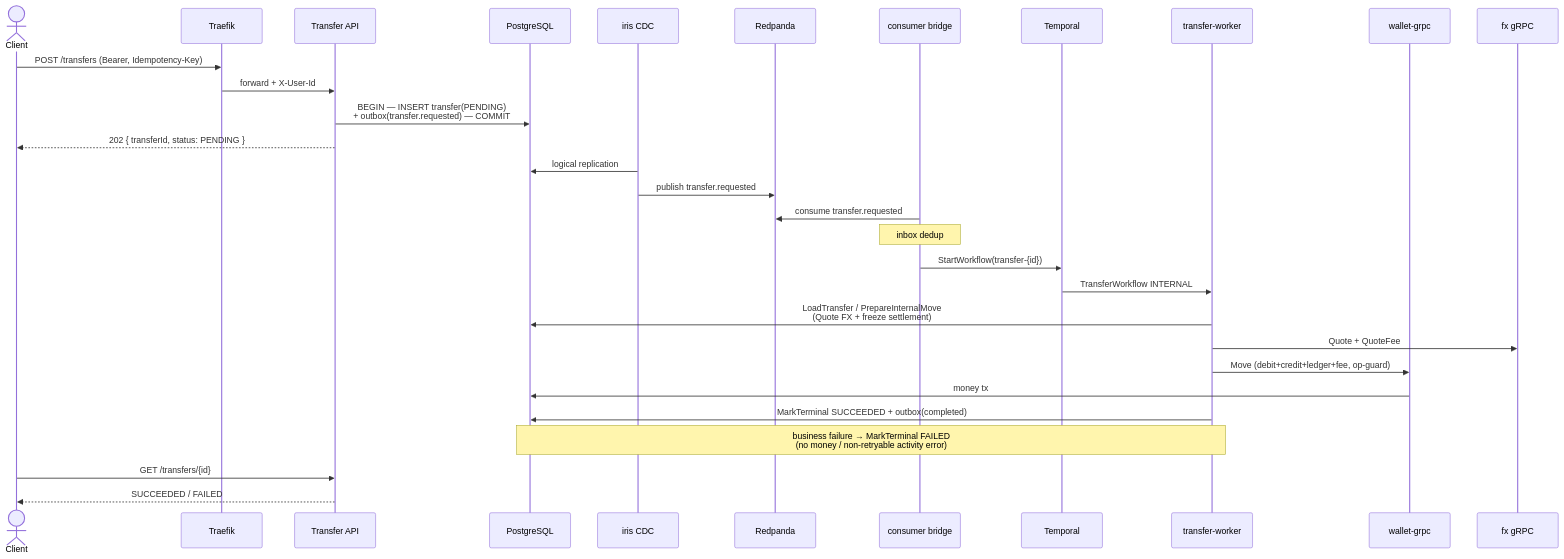
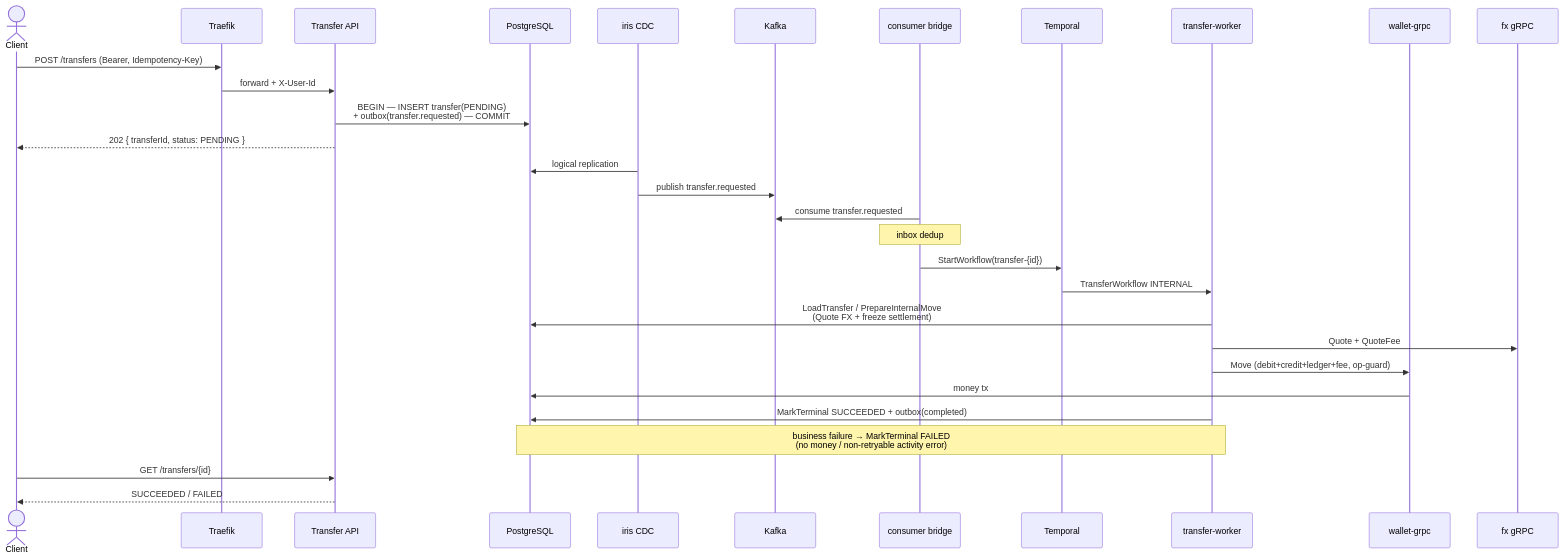
The second of 5 diagrams in README.md (Phathdt/transx), drawn with Mermaid before and after one commit. The commit also changed other lines of this file, not shown here.

First line of the commit message:
docs(readme): use Kafka in architecture diagrams, Redpanda demo-only

````diff
--- a/README.md
+++ b/README.md
@@ -328,35 +336,35 @@
 ```mermaid
 sequenceDiagram
     actor C as Client
     participant GW as Traefik
     participant API as Transfer API
     participant DB as PostgreSQL
     participant IRIS as iris CDC
-    participant RP as Redpanda
+    participant K as Kafka
     participant BR as consumer bridge
     participant T as Temporal
     participant W as transfer-worker
     participant WG as wallet-grpc
     participant FX as fx gRPC
 
     C->>GW: POST /transfers (Bearer, Idempotency-Key)
     GW->>API: forward + X-User-Id
     API->>DB: BEGIN — INSERT transfer(PENDING)<br/>+ outbox(transfer.requested) — COMMIT
     API-->>C: 202 { transferId, status: PENDING }
 
     IRIS->>DB: logical replication
-    IRIS->>RP: publish transfer.requested
-    BR->>RP: consume transfer.requested
+    IRIS->>K: publish transfer.requested
+    BR->>K: consume transfer.requested
     Note over BR: inbox dedup
     BR->>T: StartWorkflow(transfer-{id})
     T->>W: TransferWorkflow INTERNAL
     W->>DB: LoadTransfer / PrepareInternalMove<br/>(Quote FX + freeze settlement)
     W->>FX: Quote + QuoteFee
     W->>WG: Move (debit+credit+ledger+fee, op-guard)
     WG->>DB: money tx
     W->>DB: MarkTerminal SUCCEEDED + outbox(completed)
     Note over W,DB: business failure → MarkTerminal FAILED<br/>(no money / non-retryable activity error)
 
     C->>API: GET /transfers/{id}
     API-->>C: SUCCEEDED / FAILED
 ```
````
